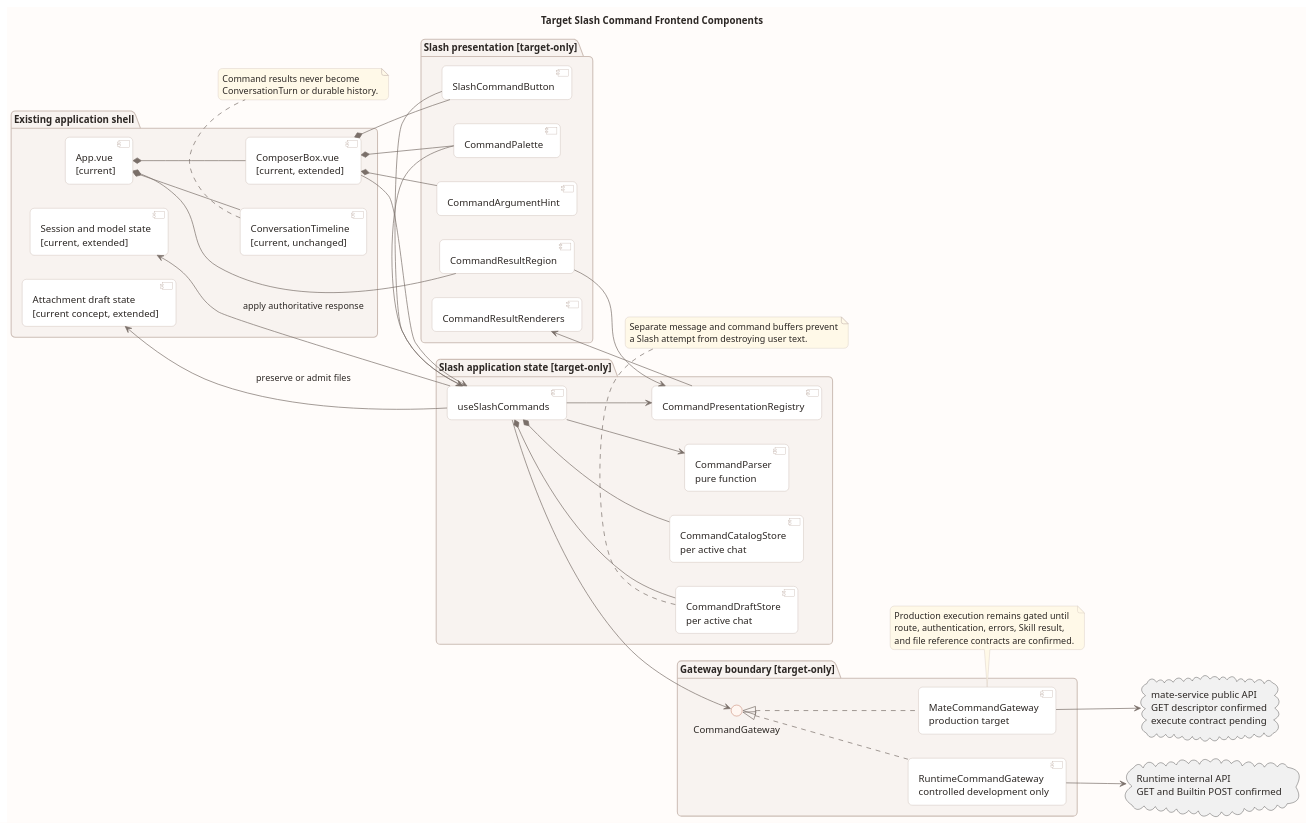
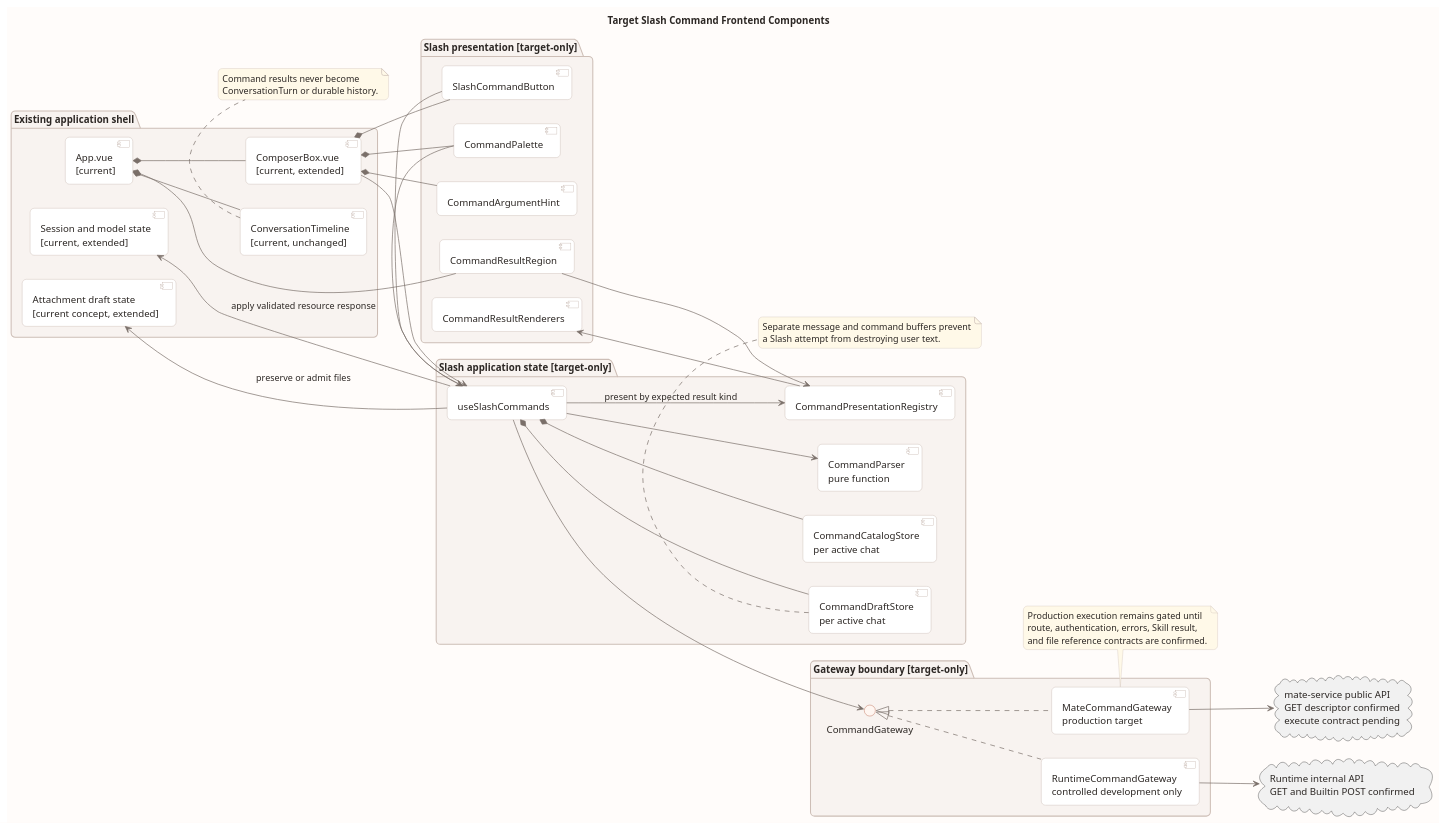
The first of 3 diagrams in 04-命令与技能/00-Slash-Command通用模块/前端设计/diagram.puml (ssm0808/pi-mono-java-design), drawn with PlantUML before and after one commit. The commit also changed other lines of this file and 5 other files, not shown here.

```diff
--- a/04-命令与技能/00-Slash-Command通用模块/前端设计/diagram.puml
+++ b/04-命令与技能/00-Slash-Command通用模块/前端设计/diagram.puml
@@ -1,100 +1,101 @@
 @startuml target_slash_command_frontend_components
 title Target Slash Command Frontend Components
 
 ' Source baseline: pi-mono-java@6f52fddc87a03c20916fc7b6ef1de87f6a7a8cf5
 ' Source evidence: frontend/src/App.vue, setup and submit
 ' Source evidence: frontend/src/components/ComposerBox.vue, handleKeydown and template
 ' Source evidence: frontend/src/composables/useRuntimeApi.ts, sendMessage and requestRaw
 ' Source evidence: frontend/src/types/product.ts and frontend/src/types/runtime.ts
+' Contract evidence: executeSessionCommand response variants at design baseline 88f4df16
 ' Observed behavior: the current debug workbench has one message draft and no command gateway, catalog, parser, or command result projection.
 ' Target-only design: every element marked target is proposed and is not implemented at the source baseline.
-' Design reason: keep command discovery, explicit execution, ephemeral results, and ordinary chat history as separate responsibilities.
+' Design reason: keep discovery, immutable invocation decoding, ephemeral results, and ordinary chat history as separate responsibilities.
 
 skinparam backgroundColor #FFFCFA
 skinparam shadowing false
 skinparam roundcorner 12
 skinparam defaultFontName Arial
 skinparam defaultFontColor #2C2724
 skinparam ArrowColor #7A6F69
 skinparam packageBorderColor #CDBEB6
 skinparam packageBackgroundColor #F8F3F0
 skinparam componentBorderColor #BFAEA5
 skinparam componentBackgroundColor #FFFFFF
 skinparam interfaceBorderColor #A9472B
 skinparam interfaceBackgroundColor #FFF6F1
 skinparam noteBorderColor #CDBEB6
 skinparam noteBackgroundColor #FFF9E8
 left to right direction
 
 package "Existing application shell" as ExistingPkg {
   component "App.vue\n[current]" as App
   component "ComposerBox.vue\n[current, extended]" as Composer
   component "ConversationTimeline\n[current, unchanged]" as Timeline
   component "Session and model state\n[current, extended]" as SessionState
   component "Attachment draft state\n[current concept, extended]" as AttachmentState
 }
 
 package "Slash presentation [target-only]" as PresentationPkg {
   component "SlashCommandButton" as SlashButton
   component "CommandPalette" as Palette
   component "CommandArgumentHint" as ArgumentHint
   component "CommandResultRegion" as ResultRegion
   component "CommandResultRenderers" as Renderers
 }
 
 package "Slash application state [target-only]" as StatePkg {
   component "useSlashCommands" as UseSlash
   component "CommandDraftStore\nper active chat" as DraftStore
   component "CommandCatalogStore\nper active chat" as CatalogStore
   component "CommandParser\npure function" as Parser
   component "CommandPresentationRegistry" as Registry
 }
 
 package "Gateway boundary [target-only]" as GatewayPkg {
   interface "CommandGateway" as Gateway
   component "MateCommandGateway\nproduction target" as MateGateway
   component "RuntimeCommandGateway\ncontrolled development only" as RuntimeGateway
 }
 
 cloud "mate-service public API\nGET descriptor confirmed\nexecute contract pending" as MateApi
 cloud "Runtime internal API\nGET and Builtin POST confirmed" as RuntimeApi
 
 App *-- Composer
 App *-- Timeline
 App *-- ResultRegion
 Composer *-- SlashButton
 Composer *-- Palette
 Composer *-- ArgumentHint
 Composer --> UseSlash
 SlashButton --> UseSlash
 Palette --> UseSlash
 ResultRegion --> Registry
 UseSlash *-- DraftStore
 UseSlash *-- CatalogStore
 UseSlash --> Parser
-UseSlash --> Registry
+UseSlash --> Registry : present by expected result kind
 UseSlash --> Gateway
-UseSlash --> SessionState : apply authoritative response
+UseSlash --> SessionState : apply validated resource response
 UseSlash --> AttachmentState : preserve or admit files
 Registry --> Renderers
 Gateway <|.. MateGateway
 Gateway <|.. RuntimeGateway
 MateGateway --> MateApi
 RuntimeGateway --> RuntimeApi
 
 note bottom of Timeline
   Command results never become
   ConversationTurn or durable history.
 end note
 
 note bottom of MateGateway
   Production execution remains gated until
   route, authentication, errors, Skill result,
   and file reference contracts are confirmed.
 end note
 
 note bottom of DraftStore
   Separate message and command buffers prevent
   a Slash attempt from destroying user text.
 end note
 @enduml
```
